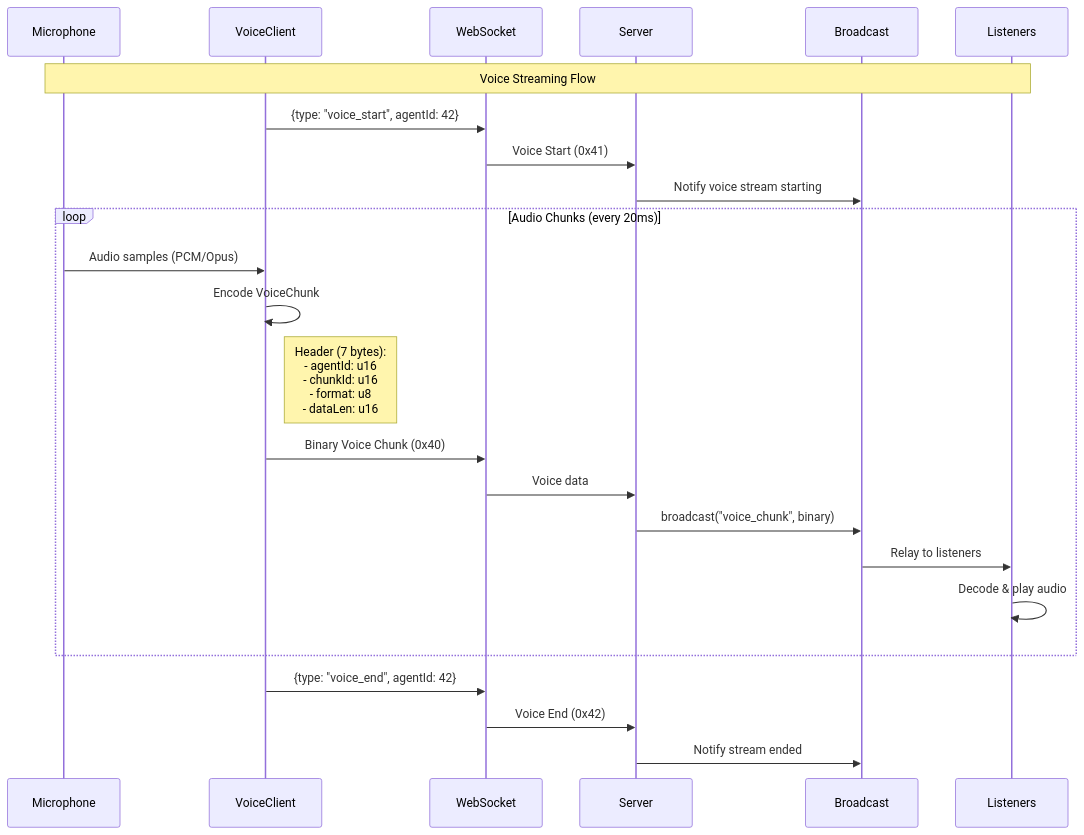
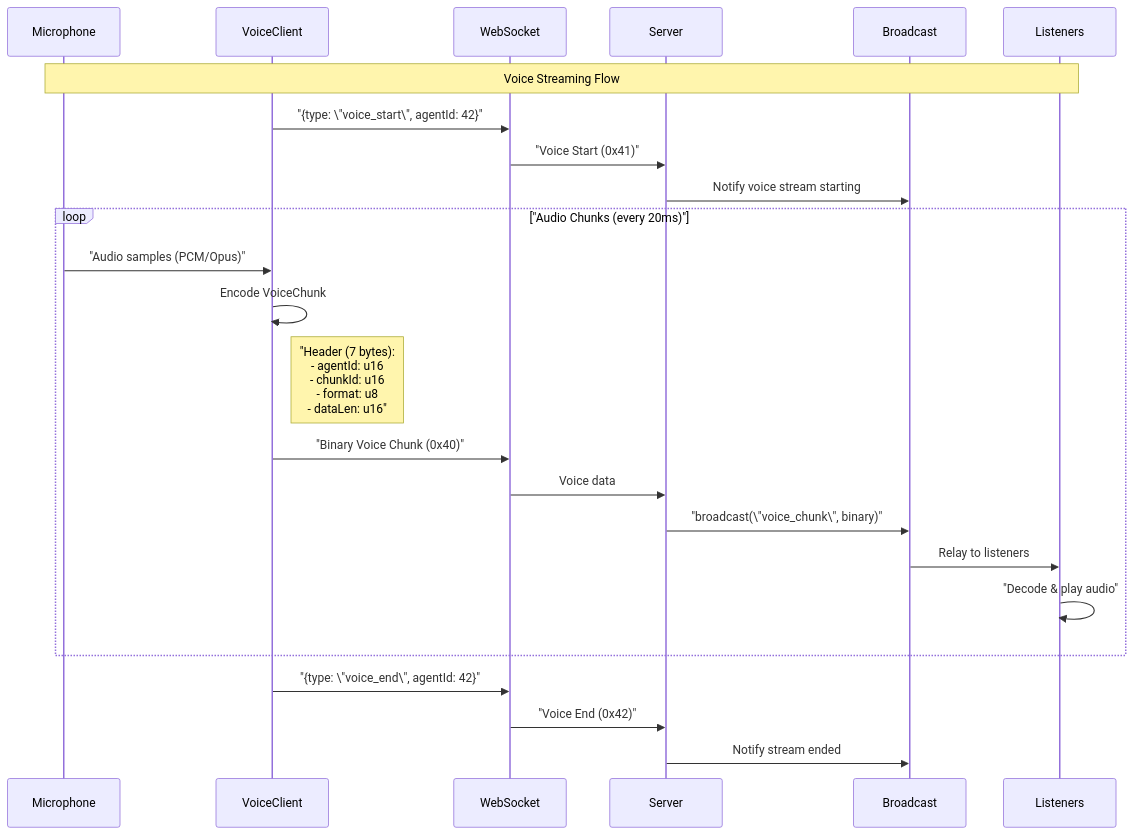
One commit to DreamLab-AI/VisionFlow changed diagram 16 of 19 in docs/diagrams/infrastructure/websocket/binary-protocol-complete.md. Above: the diagram before and after it, drawn with Mermaid. The commit also changed other lines of this file and 39 other files, not shown here.

````diff
--- a/docs/diagrams/infrastructure/websocket/binary-protocol-complete.md
+++ b/docs/diagrams/infrastructure/websocket/binary-protocol-complete.md
@@ -1060,30 +1060,30 @@
 ```mermaid
 sequenceDiagram
     participant M as Microphone
     participant VC as VoiceClient
     participant WS as WebSocket
     participant S as Server
     participant BC as Broadcast
     participant L as Listeners
 
     Note over M,L: Voice Streaming Flow
 
-    VC->>WS: {type: "voice_start", agentId: 42}
-    WS->>S: Voice Start (0x41)
+    VC->>WS: "{type: \"voice_start\", agentId: 42}"
+    WS->>S: "Voice Start (0x41)"
     S->>BC: Notify voice stream starting
 
-    loop Audio Chunks (every 20ms)
-        M->>VC: Audio samples (PCM/Opus)
+    loop "Audio Chunks (every 20ms)"
+        M->>VC: "Audio samples (PCM/Opus)"
         VC->>VC: Encode VoiceChunk
-        Note right of VC: Header (7 bytes):<br/>- agentId: u16<br/>- chunkId: u16<br/>- format: u8<br/>- dataLen: u16
-        VC->>WS: Binary Voice Chunk (0x40)
+        Note right of VC: "Header (7 bytes):<br/>- agentId: u16<br/>- chunkId: u16<br/>- format: u8<br/>- dataLen: u16"
+        VC->>WS: "Binary Voice Chunk (0x40)"
         WS->>S: Voice data
-        S->>BC: broadcast("voice_chunk", binary)
+        S->>BC: "broadcast(\"voice_chunk\", binary)"
         BC->>L: Relay to listeners
-        L->>L: Decode & play audio
+        L->>L: "Decode & play audio"
     end
 
-    VC->>WS: {type: "voice_end", agentId: 42}
-    WS->>S: Voice End (0x42)
+    VC->>WS: "{type: \"voice_end\", agentId: 42}"
+    WS->>S: "Voice End (0x42)"
     S->>BC: Notify stream ended
 ```
````
